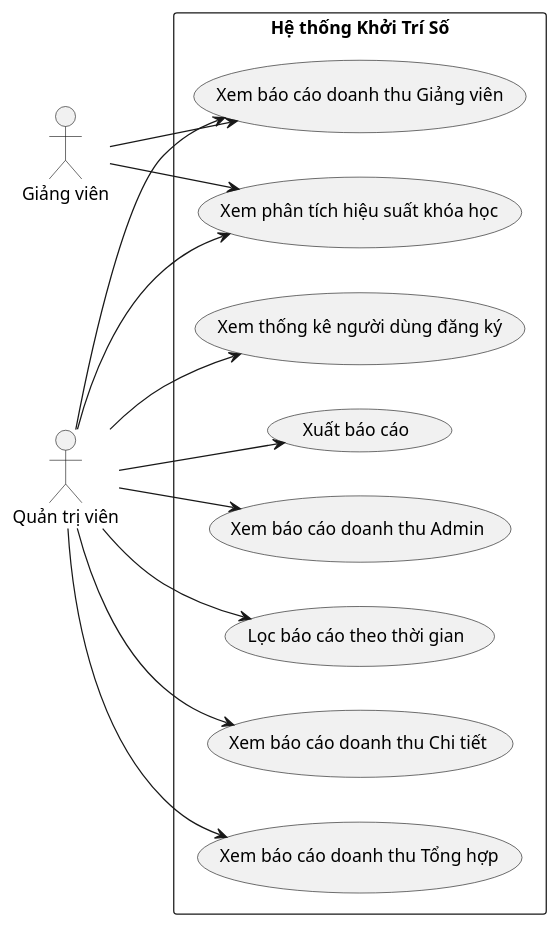
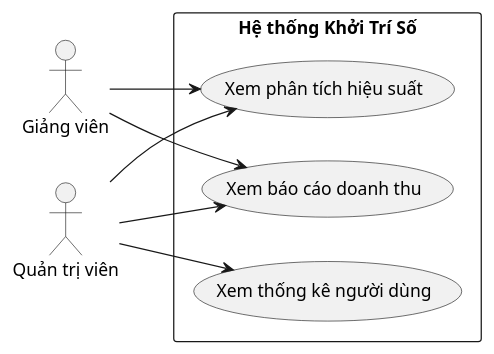
Diagram 16 of 18 in khoitriso-be/BIEU_DO_UML.md (ngocnghia81/KhoiTriSo-PHP), drawn with PlantUML before and after one commit. The commit also changed other lines of this file and 23 other files, not shown here.

````diff
--- a/khoitriso-be/BIEU_DO_UML.md
+++ b/khoitriso-be/BIEU_DO_UML.md
@@ -682,31 +404,21 @@
 ```plantuml
 @startuml
 left to right direction
 actor "Giảng viên" as Instructor
 actor "Quản trị viên" as Admin
 
 rectangle "Hệ thống Khởi Trí Số" {
-  usecase "Xem báo cáo doanh thu Admin" as UC1
-  usecase "Xem báo cáo doanh thu Giảng viên" as UC2
-  usecase "Xem báo cáo doanh thu Chi tiết" as UC3
-  usecase "Xem báo cáo doanh thu Tổng hợp" as UC4
-  usecase "Xem thống kê người dùng đăng ký" as UC5
-  usecase "Xem phân tích hiệu suất khóa học" as UC6
-  usecase "Lọc báo cáo theo thời gian" as UC7
-  usecase "Xuất báo cáo" as UC8
+  usecase "Xem báo cáo doanh thu" as UC1
+  usecase "Xem thống kê người dùng" as UC2
+  usecase "Xem phân tích hiệu suất" as UC3
 }
 
-Instructor --> UC2
-Instructor --> UC6
+Instructor --> UC1
+Instructor --> UC3
 
 Admin --> UC1
 Admin --> UC2
 Admin --> UC3
-Admin --> UC4
-Admin --> UC5
-Admin --> UC6
-Admin --> UC7
-Admin --> UC8
 
 @enduml
 ```
````
